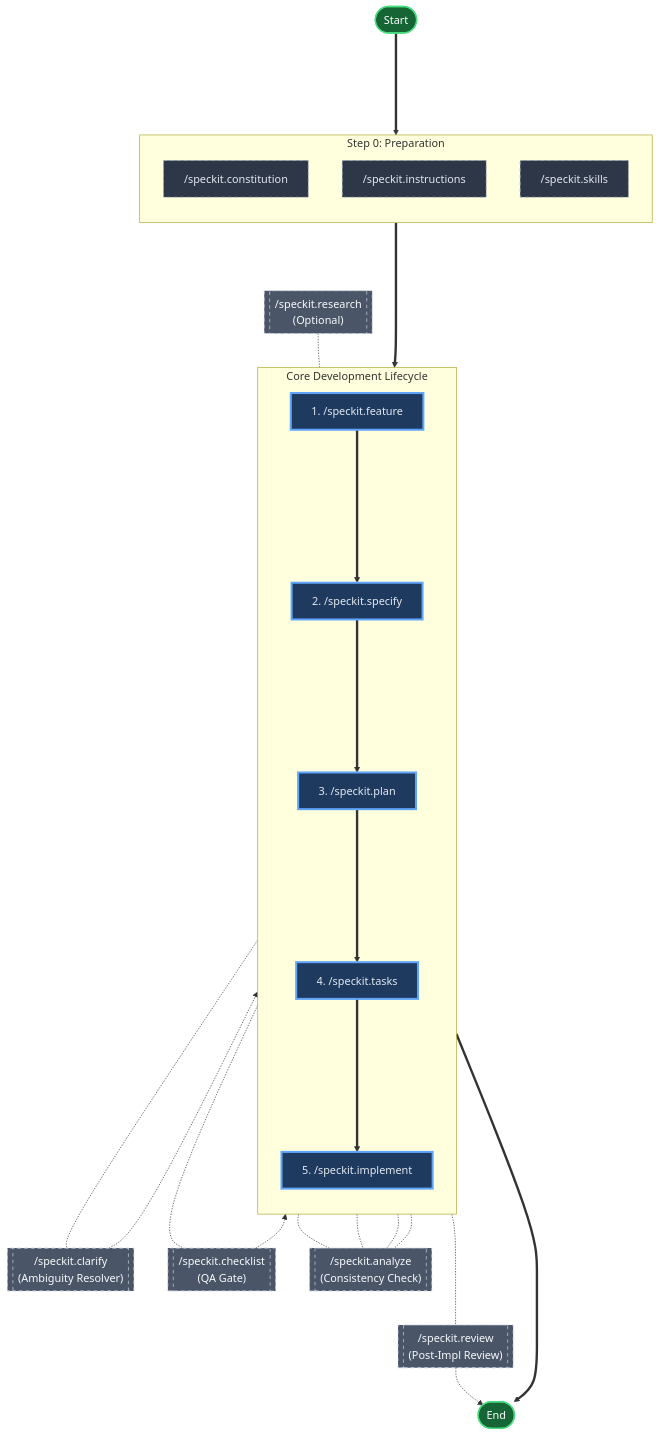
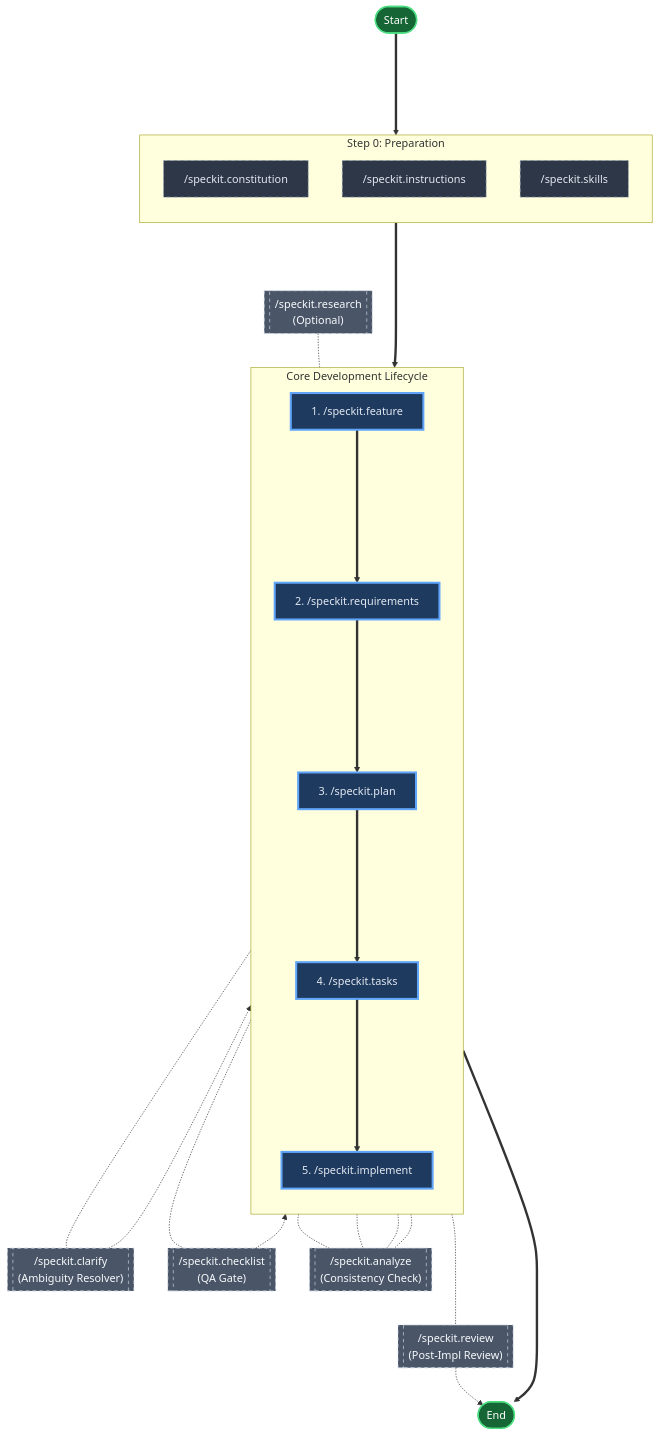
One commit to cloud-native-ai/spec-kit changed the diagram in docs/usage.md. Above: the diagram before and after it, drawn with Mermaid. The commit also changed other lines of this file and 44 other files, not shown here.

````diff
--- a/docs/usage.md
+++ b/docs/usage.md
@@ -225,57 +230,57 @@
 ```mermaid
 flowchart TD
     %% Setup Phase
     subgraph Setup ["Step 0: Preparation"]
         direction TB
         S1["/speckit.constitution"]
         S2["/speckit.instructions"]
         S3["/speckit.skills"]
     end
 
     %% Core Flow
     subgraph Core ["Core Development Lifecycle"]
         direction TB
         C1["1. /speckit.feature"]
-        C2["2. /speckit.specify"]
+        C2["2. /speckit.requirements"]
         C3["3. /speckit.plan"]
         C4["4. /speckit.tasks"]
         C5["5. /speckit.implement"]
     end
 
     %% Flow Connectivity
     Start([Start]) ====> Setup
     Setup ====> C1
     C1 ====> C2
     C2 ====> C3
     C3 ====> C4
     C4 ====> C5
     C5 ====> End([End])
 
     %% Auxiliary / Optional Tools - Context sensitive placement
     
     %% Research supports Specify
     T_Res[["/speckit.research\n(Optional)"]] -.- C2
     
     %% Clarify repairs Specify
     C2 -.- T_Clar[["/speckit.clarify\n(Ambiguity Resolver)"]] -.-> C2
     
     %% Checklist serves as a gate before Implement
     C4 -.- T_Chk[["/speckit.checklist\n(QA Gate)"]] -.-> C5
     
     %% Analyze watches over the artifacts
     C2 & C3 & C4 & C5 -.- T_Ana[["/speckit.analyze\n(Consistency Check)"]]
     
     %% Review validates the Implementation
     C5 -.- T_Rev[["/speckit.review\n(Post-Impl Review)"]] -.-> End
 
     %% Styling
     classDef setup fill:#2d3748,stroke:#a0aec0,color:#e2e8f0,stroke-width:1px,stroke-dasharray: 5 5;
     classDef core fill:#1e3a5f,stroke:#60a5fa,color:#e2e8f0,stroke-width:3px;
     classDef aux fill:#4a5568,stroke:#cbd5e0,color:#f7fafc,stroke-width:1px,stroke-dasharray: 5 5;
     classDef startEnd fill:#166534,stroke:#4ade80,color:#ffffff,stroke-width:2px;
     
     class Start,End startEnd
     class S1,S2,S3 setup
     class C1,C2,C3,C4,C5 core
     class T_Res,T_Clar,T_Chk,T_Ana,T_Rev aux
 ```
````
